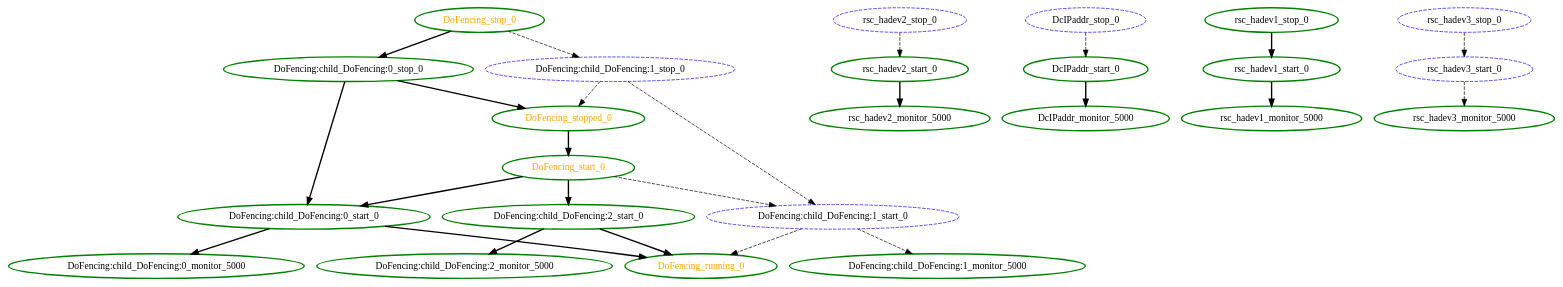
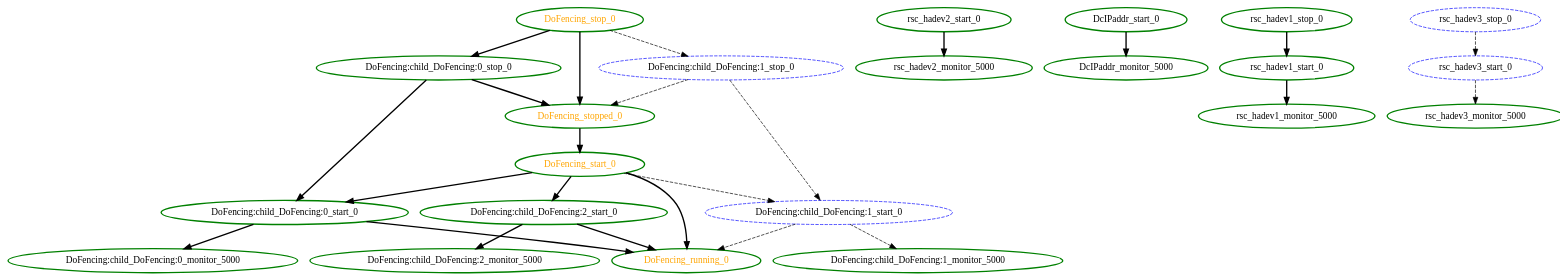
The diagram in crm/pengine/testcases/696.dot (richiewen8/heartbeat), drawn with Graphviz before and after one commit. The commit also changed 105 other files, not shown here.

```diff
--- a/crm/pengine/testcases/696.dot
+++ b/crm/pengine/testcases/696.dot
@@ -1,51 +1,49 @@
 digraph "g" {
 	size = "30,30"
 "DoFencing:child_DoFencing:0_monitor_5000" [ tooltip="hadev1" style=bold color="green" fontcolor="black" ]
 "rsc_hadev2_start_0" [ tooltip="hadev2" style=bold color="green" fontcolor="black" ]
 "DcIPaddr_start_0" [ tooltip="hadev2" style=bold color="green" fontcolor="black" ]
 "rsc_hadev1_monitor_5000" [ tooltip="hadev1" style=bold color="green" fontcolor="black" ]
 "DoFencing:child_DoFencing:1_monitor_5000" [ tooltip="hadev3" style=bold color="green" fontcolor="black" ]
 "rsc_hadev3_monitor_5000" [ tooltip="hadev3" style=bold color="green" fontcolor="black" ]
-"DcIPaddr_stop_0" [ style="dashed" color="blue" fontcolor="black" ]
 "DcIPaddr_monitor_5000" [ tooltip="hadev2" style=bold color="green" fontcolor="black" ]
 "rsc_hadev1_stop_0" [ tooltip="hadev3" style=bold color="green" fontcolor="black" ]
 "rsc_hadev1_start_0" [ tooltip="hadev1" style=bold color="green" fontcolor="black" ]
-"rsc_hadev2_stop_0" [ style="dashed" color="blue" fontcolor="black" ]
 "rsc_hadev2_monitor_5000" [ tooltip="hadev2" style=bold color="green" fontcolor="black" ]
 "rsc_hadev3_stop_0" [ style="dashed" color="blue" fontcolor="black" ]
 "rsc_hadev3_start_0" [ style="dashed" color="blue" fontcolor="black" ]
 "DoFencing:child_DoFencing:0_stop_0" [ tooltip="hadev2" style=bold color="green" fontcolor="black" ]
 "DoFencing:child_DoFencing:0_start_0" [ tooltip="hadev1" style=bold color="green" fontcolor="black" ]
 "DoFencing:child_DoFencing:1_stop_0" [ style="dashed" color="blue" fontcolor="black" ]
 "DoFencing:child_DoFencing:1_start_0" [ style="dashed" color="blue" fontcolor="black" ]
 "DoFencing:child_DoFencing:2_start_0" [ tooltip="hadev2" style=bold color="green" fontcolor="black" ]
 "DoFencing:child_DoFencing:2_monitor_5000" [ tooltip="hadev2" style=bold color="green" fontcolor="black" ]
 "DoFencing_start_0" [ tooltip="" style=bold color="green" fontcolor="orange" ]
 "DoFencing_running_0" [ tooltip="" style=bold color="green" fontcolor="orange" ]
 "DoFencing_stop_0" [ tooltip="" style=bold color="green" fontcolor="orange" ]
 "DoFencing_stopped_0" [ tooltip="" style=bold color="green" fontcolor="orange" ]
 "DoFencing:child_DoFencing:0_start_0" -> "DoFencing:child_DoFencing:0_monitor_5000" [ style = bold]
-"rsc_hadev2_stop_0" -> "rsc_hadev2_start_0" [ style = dashed]
-"DcIPaddr_stop_0" -> "DcIPaddr_start_0" [ style = dashed]
 "rsc_hadev1_start_0" -> "rsc_hadev1_monitor_5000" [ style = bold]
 "DoFencing:child_DoFencing:1_start_0" -> "DoFencing:child_DoFencing:1_monitor_5000" [ style = dashed]
 "rsc_hadev3_start_0" -> "rsc_hadev3_monitor_5000" [ style = dashed]
 "DcIPaddr_start_0" -> "DcIPaddr_monitor_5000" [ style = bold]
 "rsc_hadev1_stop_0" -> "rsc_hadev1_start_0" [ style = bold]
 "rsc_hadev2_start_0" -> "rsc_hadev2_monitor_5000" [ style = bold]
 "rsc_hadev3_stop_0" -> "rsc_hadev3_start_0" [ style = dashed]
 "DoFencing_stop_0" -> "DoFencing:child_DoFencing:0_stop_0" [ style = bold]
 "DoFencing:child_DoFencing:0_stop_0" -> "DoFencing:child_DoFencing:0_start_0" [ style = bold]
 "DoFencing_start_0" -> "DoFencing:child_DoFencing:0_start_0" [ style = bold]
 "DoFencing_stop_0" -> "DoFencing:child_DoFencing:1_stop_0" [ style = dashed]
 "DoFencing:child_DoFencing:1_stop_0" -> "DoFencing:child_DoFencing:1_start_0" [ style = dashed]
 "DoFencing_start_0" -> "DoFencing:child_DoFencing:1_start_0" [ style = dashed]
 "DoFencing_start_0" -> "DoFencing:child_DoFencing:2_start_0" [ style = bold]
 "DoFencing:child_DoFencing:2_start_0" -> "DoFencing:child_DoFencing:2_monitor_5000" [ style = bold]
 "DoFencing_stopped_0" -> "DoFencing_start_0" [ style = bold]
 "DoFencing:child_DoFencing:0_start_0" -> "DoFencing_running_0" [ style = bold]
 "DoFencing:child_DoFencing:1_start_0" -> "DoFencing_running_0" [ style = dashed]
 "DoFencing:child_DoFencing:2_start_0" -> "DoFencing_running_0" [ style = bold]
+"DoFencing_start_0" -> "DoFencing_running_0" [ style = bold]
 "DoFencing:child_DoFencing:0_stop_0" -> "DoFencing_stopped_0" [ style = bold]
 "DoFencing:child_DoFencing:1_stop_0" -> "DoFencing_stopped_0" [ style = dashed]
+"DoFencing_stop_0" -> "DoFencing_stopped_0" [ style = bold]
 }
```
